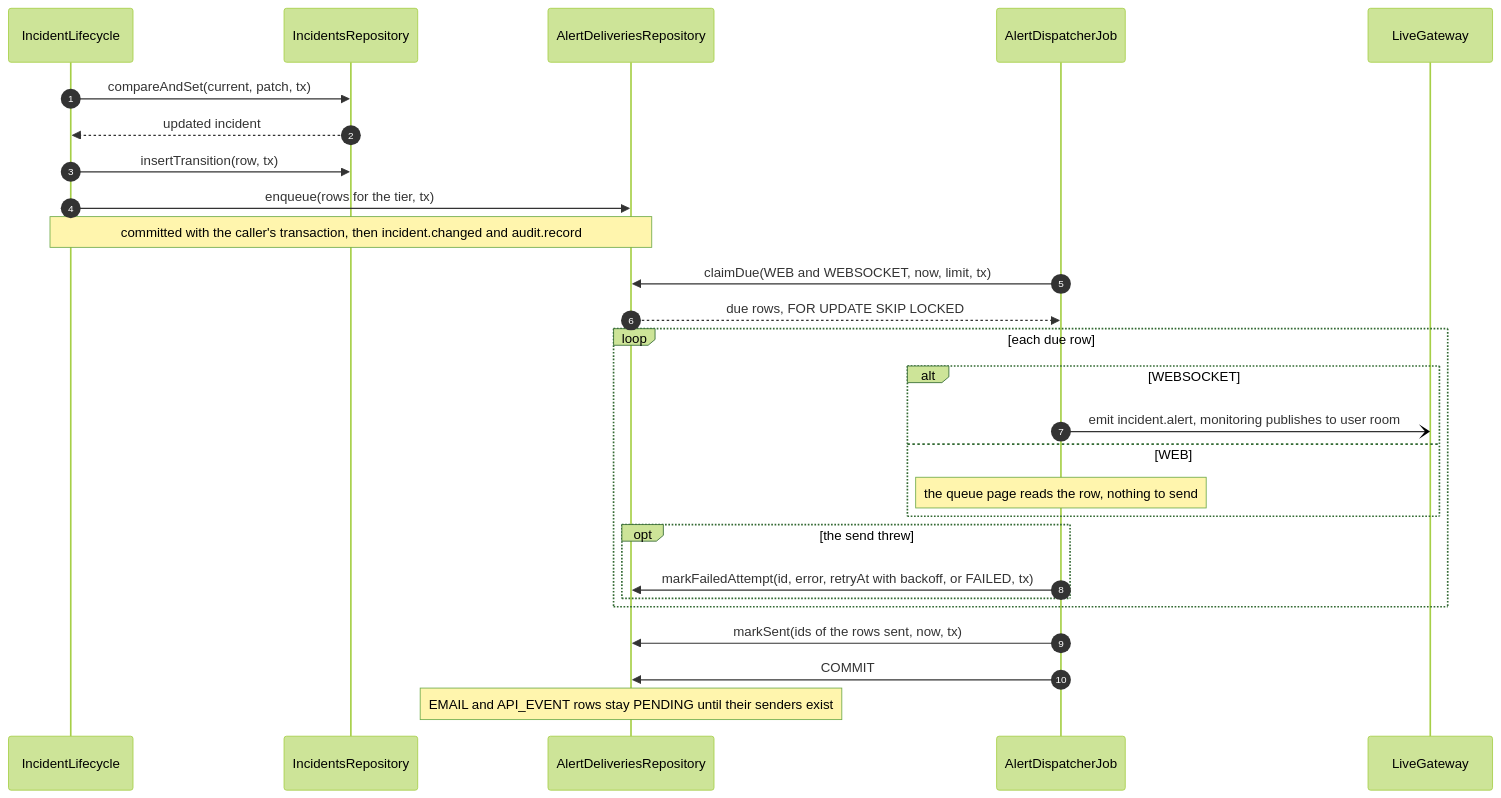
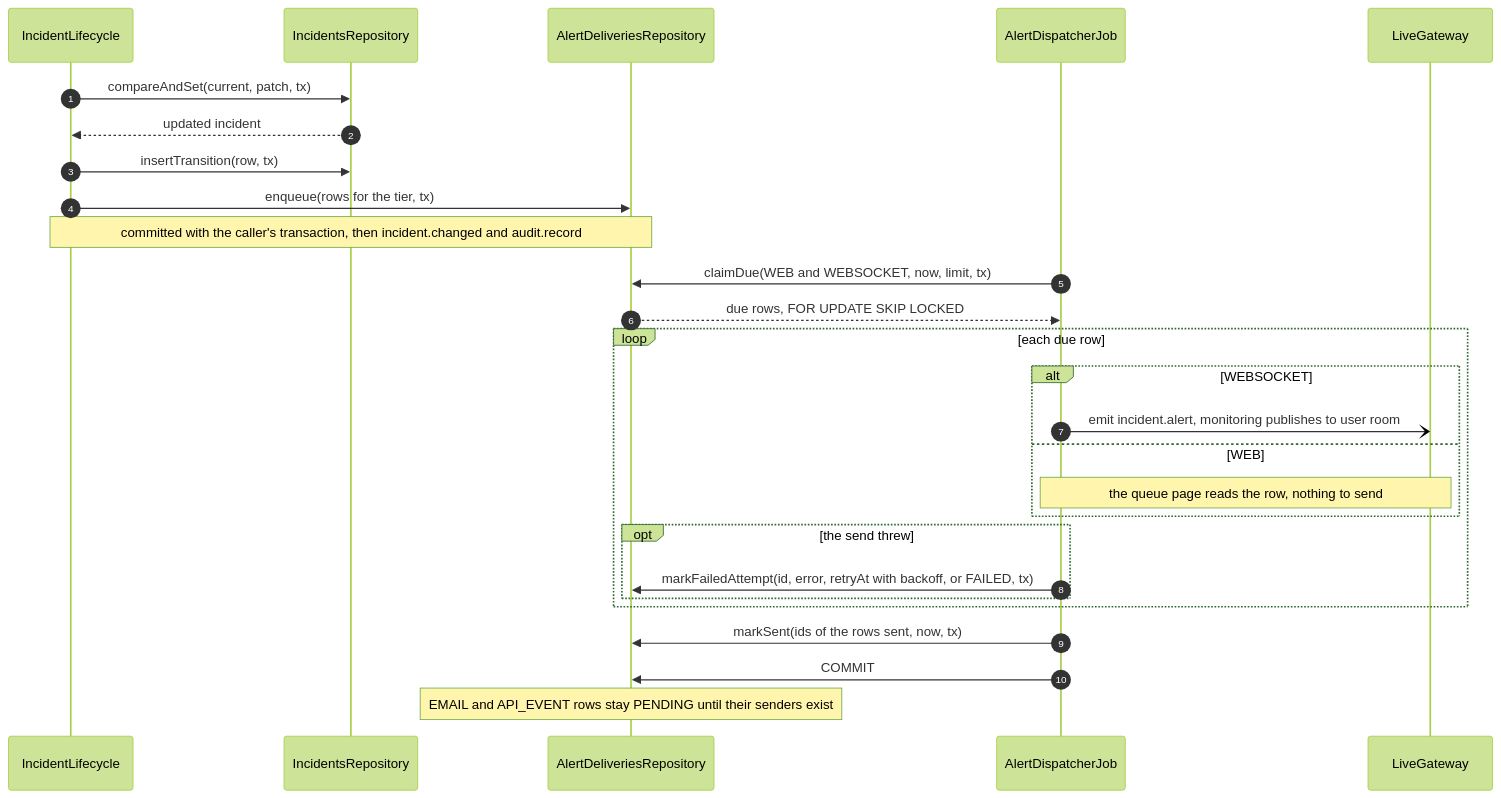
The sixth of 10 diagrams in specs/incidents/design.md (TrekLink-Team/treklink-web), drawn with Mermaid (forest theme) before and after one commit. The commit also changed other lines of this file, not shown here.

````diff
--- a/specs/incidents/design.md
+++ b/specs/incidents/design.md
@@ -427,29 +427,29 @@
 ```mermaid
 sequenceDiagram
     autonumber
     participant L as IncidentLifecycle
     participant R as IncidentsRepository
     participant Ob as AlertDeliveriesRepository
     participant Dp as AlertDispatcherJob
     participant W as LiveGateway
     L->>R: compareAndSet(current, patch, tx)
     R-->>L: updated incident
     L->>R: insertTransition(row, tx)
     L->>Ob: enqueue(rows for the tier, tx)
     Note over L,Ob: committed with the caller's transaction, then incident.changed and audit.record
     Dp->>Ob: claimDue(WEB and WEBSOCKET, now, limit, tx)
     Ob-->>Dp: due rows, FOR UPDATE SKIP LOCKED
     loop each due row
         alt WEBSOCKET
             Dp-)W: emit incident.alert, monitoring publishes to user room
         else WEB
-            Note over Dp: the queue page reads the row, nothing to send
+            Note over Dp,W: the queue page reads the row, nothing to send
         end
         opt the send threw
             Dp->>Ob: markFailedAttempt(id, error, retryAt with backoff, or FAILED, tx)
         end
     end
     Dp->>Ob: markSent(ids of the rows sent, now, tx)
     Dp->>Ob: COMMIT
     Note over Ob: EMAIL and API_EVENT rows stay PENDING until their senders exist
 ```
````
